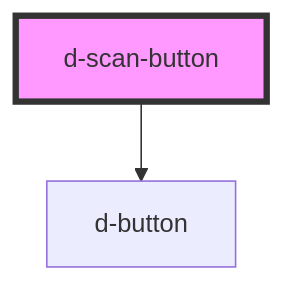
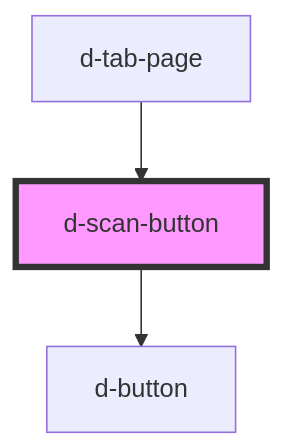
One commit to ForkbombEu/didroom-components changed the diagram in src/components/scan-button/readme.md. Above: the diagram before and after it, drawn with Mermaid. The commit also changed other lines of this file and 9 other files, not shown here.

Commit message:
feat: tab page layout

````diff
--- a/src/components/scan-button/readme.md
+++ b/src/components/scan-button/readme.md
@@ -22,5 +26,6 @@
 ```mermaid
 graph TD;
   d-scan-button --> d-button
+  d-tab-page --> d-scan-button
   style d-scan-button fill:#f9f,stroke:#333,stroke-width:4px
 ```
````
